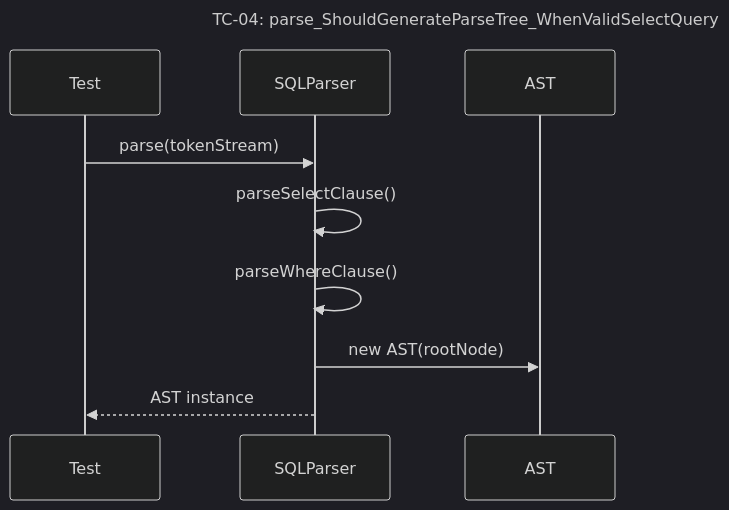
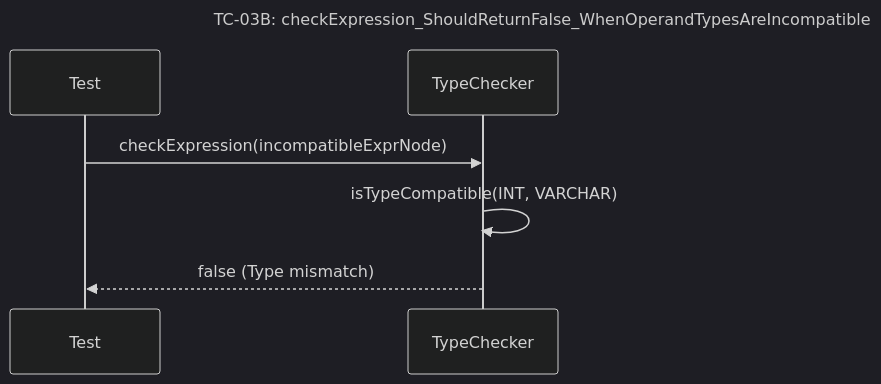
Diagram 15 of 30 in docs/unit_test/query_prossor/SequeceTestCase.md (Dikhang1112/Database_Management_BBV), drawn with Mermaid (dark theme) before and after one commit. The commit also changed other lines of this file and 2 other files, not shown here.

Commit message:
Add unit test for senetic analysis

````diff
--- a/docs/unit_test/query_prossor/SequeceTestCase.md
+++ b/docs/unit_test/query_prossor/SequeceTestCase.md
@@ -205,13 +218,10 @@
 ```mermaid
 sequenceDiagram
-    title TC-04: parse_ShouldGenerateParseTree_WhenValidSelectQuery
+    title TC-03B: checkExpression_ShouldReturnFalse_WhenOperandTypesAreIncompatible
     participant Test
-    participant SQLParser
-    participant AST
+    participant TypeChecker
 
-    Test->>SQLParser: parse(tokenStream)
-    SQLParser->>SQLParser: parseSelectClause()
-    SQLParser->>SQLParser: parseWhereClause()
-    SQLParser->>AST: new AST(rootNode)
-    SQLParser-->>Test: AST instance
+    Test->>TypeChecker: checkExpression(incompatibleExprNode)
+    TypeChecker->>TypeChecker: isTypeCompatible(INT, VARCHAR)
+    TypeChecker-->>Test: false (Type mismatch)
 ```
````
